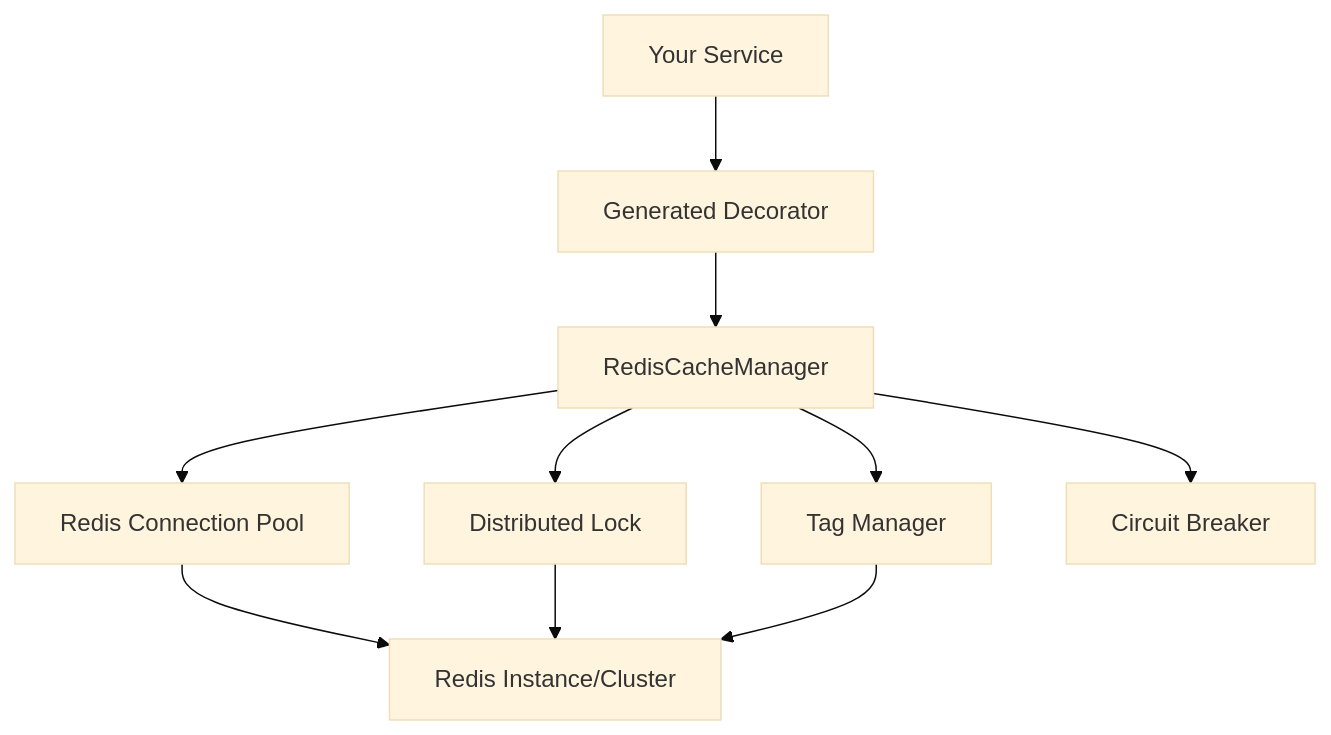
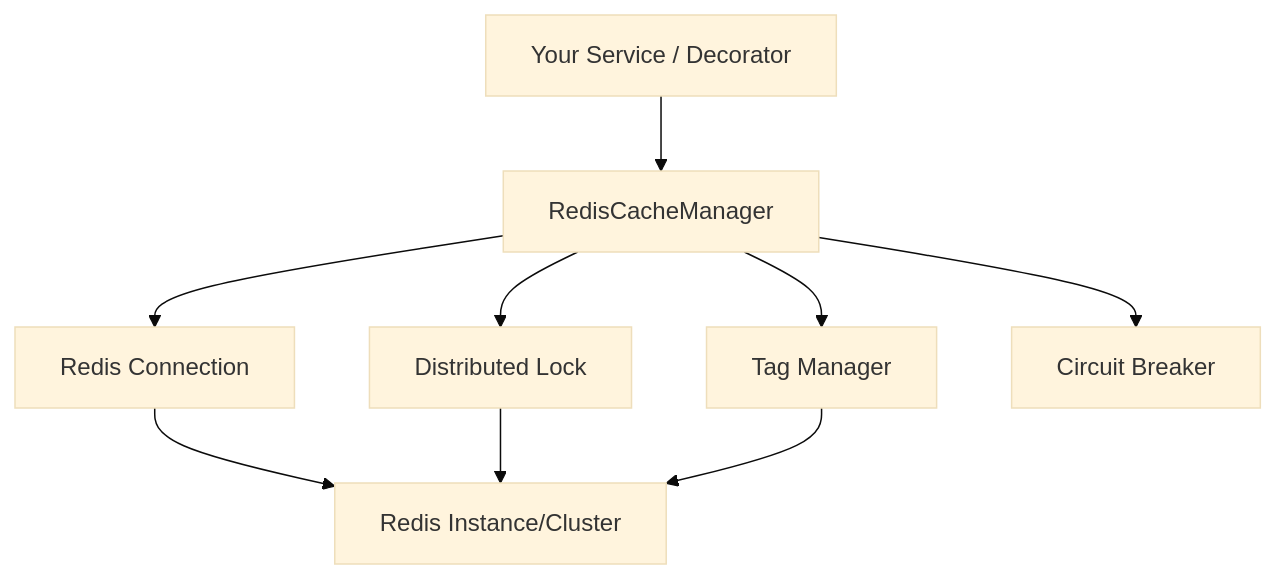
One commit to eoniclabs/MethodCache changed the diagram in MethodCache.Providers.Redis/README.md. Above: the diagram before and after it, drawn with Mermaid (base theme). The commit also changed other lines of this file and 1 other file, not shown here.

````diff
--- a/MethodCache.Providers.Redis/README.md
+++ b/MethodCache.Providers.Redis/README.md
@@ -122,13 +106,11 @@
 ```mermaid
 graph TB
-    A[Your Service] --> B[Generated Decorator]
-    B --> C[RedisCacheManager]
-    C --> D[Redis Connection Pool]
-    C --> E[Distributed Lock]
-    C --> F[Tag Manager]
-    C --> G[Circuit Breaker]
-    
-    D --> H[Redis Instance/Cluster]
-    E --> H
-    F --> H
+    A[Your Service / Decorator] --> B[RedisCacheManager]
+    B --> C[Redis Connection]
+    B --> D[Distributed Lock]
+    B --> E[Tag Manager]
+    B --> F[Circuit Breaker]
+    C --> G[Redis Instance/Cluster]
+    D --> G
+    E --> G
 ```
````
